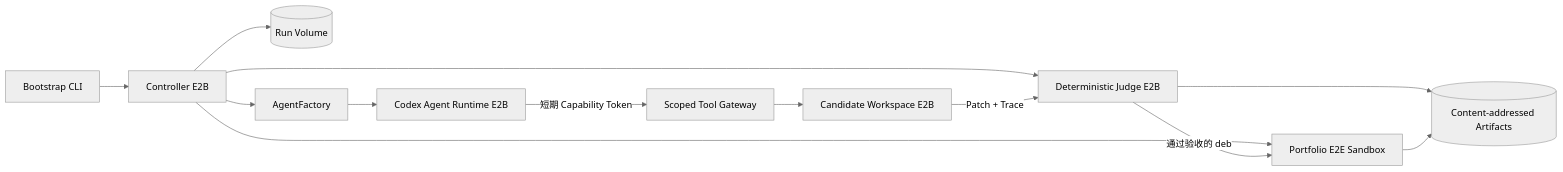
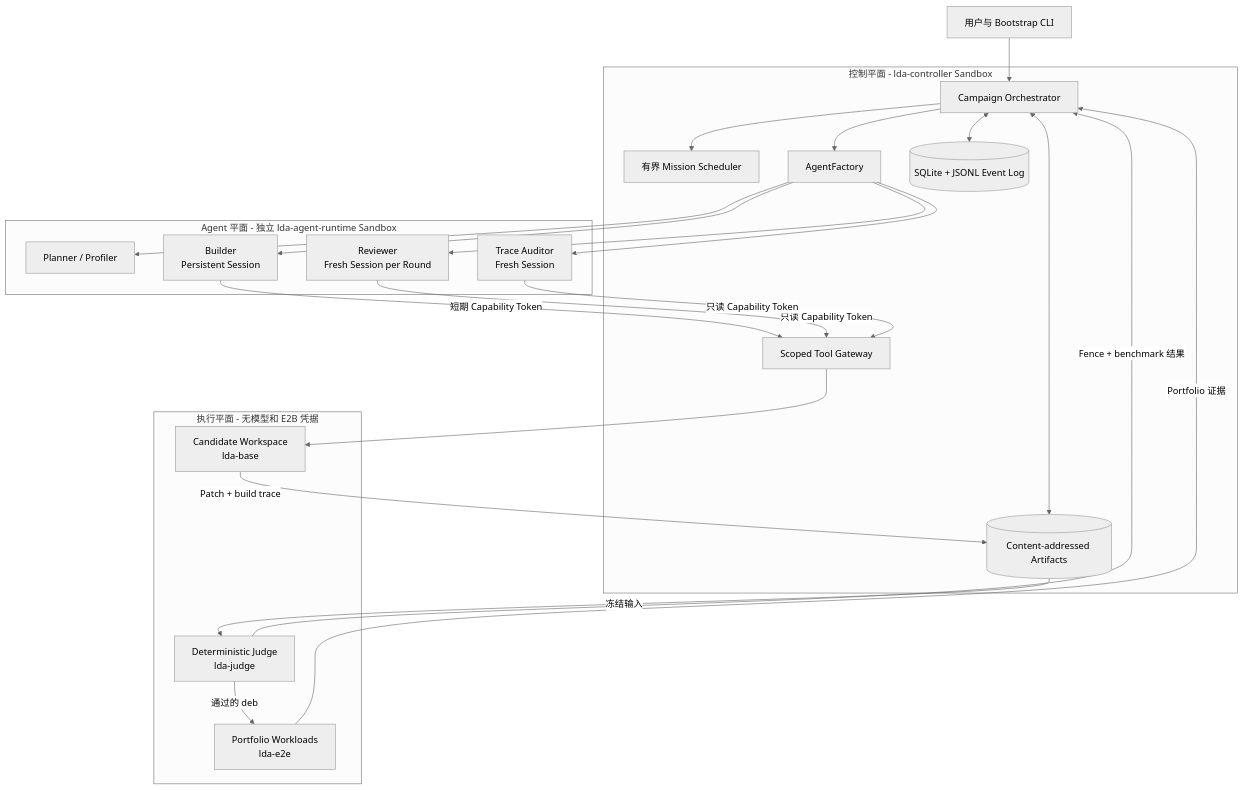
Before and after one commit to yisun219/LDA-HM-AS: the first of 3 diagrams in README.md, drawn with Mermaid (neutral theme). The commit also changed other lines of this file, not shown here.

Commit message:
docs: clarify the LDA execution flow

````diff
--- a/README.md
+++ b/README.md
@@ -167,15 +167,45 @@
 ```mermaid
-flowchart LR
-  CLI[Bootstrap CLI] --> CTRL[Controller E2B]
-  CTRL --> VOL[(Run Volume)]
-  CTRL --> AF[AgentFactory]
-  AF --> AR[Codex Agent Runtime E2B]
-  AR -->|短期 Capability Token| GW[Scoped Tool Gateway]
-  GW --> WS[Candidate Workspace E2B]
-  CTRL --> J[Deterministic Judge E2B]
-  CTRL --> E2E[Portfolio E2E Sandbox]
-  WS -->|Patch + Trace| J
-  J -->|通过验收的 deb| E2E
-  J --> ART[(Content-addressed Artifacts)]
-  E2E --> ART
+flowchart TB
+  USER[用户与 Bootstrap CLI]
+
+  subgraph CONTROL[控制平面 - lda-controller Sandbox]
+    ORCH[Campaign Orchestrator]
+    SCHED[有界 Mission Scheduler]
+    FACTORY[AgentFactory]
+    GATEWAY[Scoped Tool Gateway]
+    STATE[(SQLite + JSONL Event Log)]
+    ARTIFACTS[(Content-addressed Artifacts)]
+    ORCH --> SCHED
+    ORCH --> FACTORY
+    ORCH <--> STATE
+    ORCH <--> ARTIFACTS
+  end
+
+  subgraph AGENTS[Agent 平面 - 独立 lda-agent-runtime Sandbox]
+    PLANNER[Planner / Profiler]
+    BUILDER[Builder<br/>Persistent Session]
+    REVIEWER[Reviewer<br/>Fresh Session per Round]
+    AUDITOR[Trace Auditor<br/>Fresh Session]
+  end
+
+  subgraph EXECUTION[执行平面 - 无模型和 E2B 凭据]
+    WORKSPACE[Candidate Workspace<br/>lda-base]
+    JUDGE[Deterministic Judge<br/>lda-judge]
+    E2E[Portfolio Workloads<br/>lda-e2e]
+  end
+
+  USER --> ORCH
+  FACTORY --> PLANNER
+  FACTORY --> BUILDER
+  FACTORY --> REVIEWER
+  FACTORY --> AUDITOR
+  BUILDER -->|短期 Capability Token| GATEWAY
+  REVIEWER -->|只读 Capability Token| GATEWAY
+  AUDITOR -->|只读 Capability Token| GATEWAY
+  GATEWAY --> WORKSPACE
+  WORKSPACE -->|Patch + build trace| ARTIFACTS
+  ARTIFACTS -->|冻结输入| JUDGE
+  JUDGE -->|Fence + benchmark 结果| ORCH
+  JUDGE -->|通过的 deb| E2E
+  E2E -->|Portfolio 证据| ORCH
 ```
````
